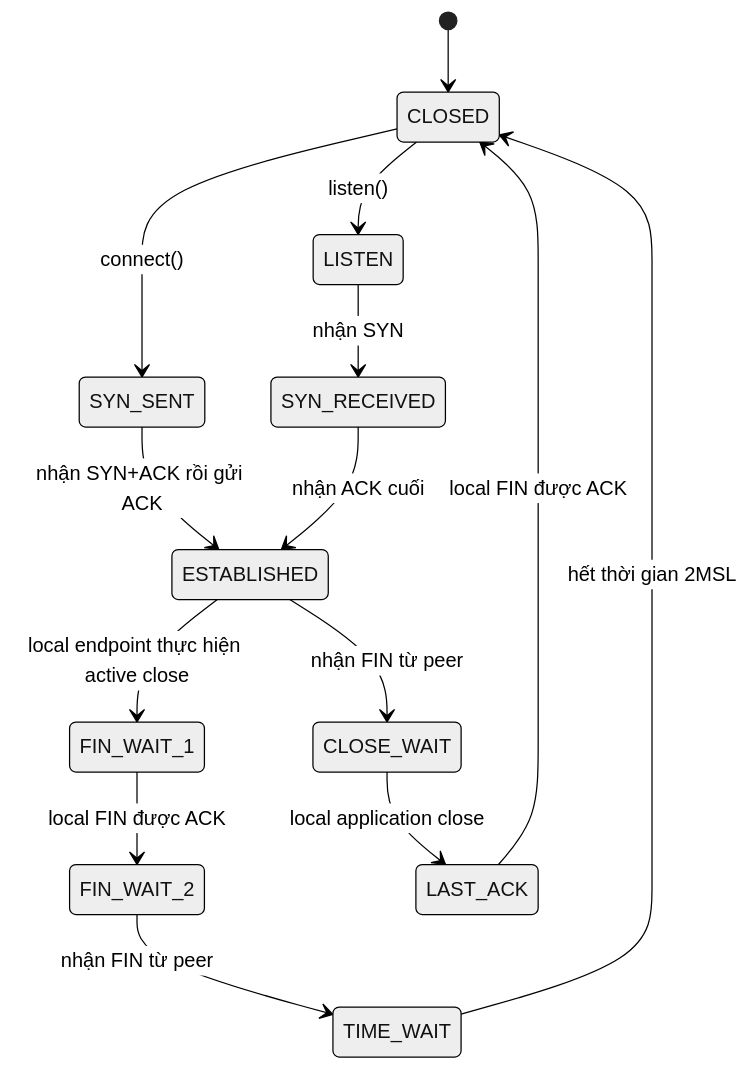
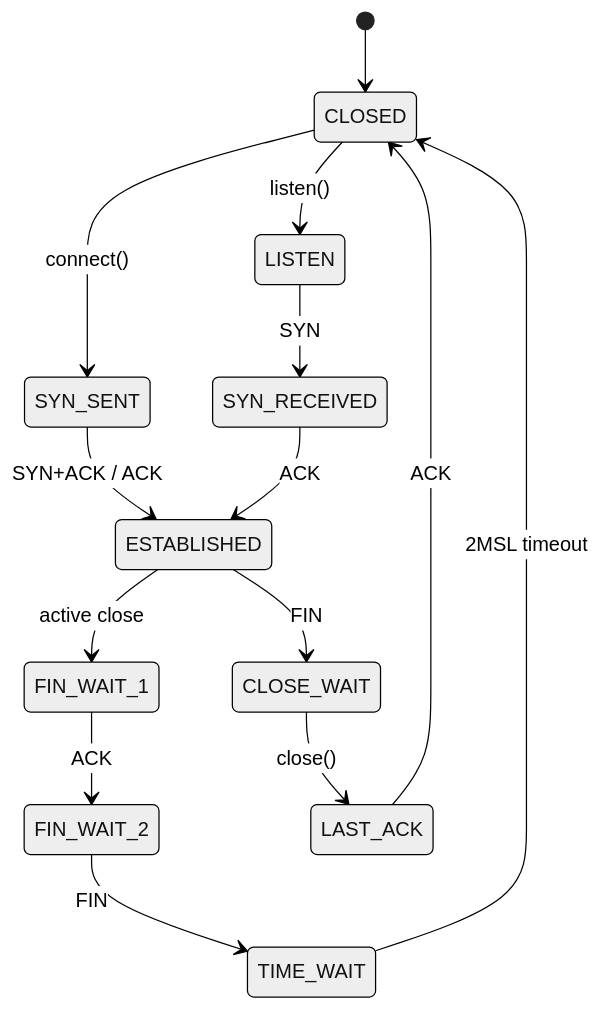
The second of 2 diagrams in phase-01/README-topic-09.md (hai-kevins/embedded-linux), drawn with Mermaid (neutral theme) before and after one commit. The commit also changed other lines of this file and 6 other files, not shown here.

````diff
--- a/phase-01/README-topic-09.md
+++ b/phase-01/README-topic-09.md
@@ -1109,16 +1109,16 @@
 ```mermaid
 stateDiagram-v2
     [*] --> CLOSED
     CLOSED --> LISTEN: listen()
     CLOSED --> SYN_SENT: connect()
-    LISTEN --> SYN_RECEIVED: nhận SYN
-    SYN_SENT --> ESTABLISHED: nhận SYN+ACK rồi gửi ACK
-    SYN_RECEIVED --> ESTABLISHED: nhận ACK cuối
-    ESTABLISHED --> FIN_WAIT_1: local endpoint thực hiện active close
-    ESTABLISHED --> CLOSE_WAIT: nhận FIN từ peer
-    FIN_WAIT_1 --> FIN_WAIT_2: local FIN được ACK
-    FIN_WAIT_2 --> TIME_WAIT: nhận FIN từ peer
-    CLOSE_WAIT --> LAST_ACK: local application close
-    LAST_ACK --> CLOSED: local FIN được ACK
-    TIME_WAIT --> CLOSED: hết thời gian 2MSL
+    LISTEN --> SYN_RECEIVED: SYN
+    SYN_SENT --> ESTABLISHED: SYN+ACK / ACK
+    SYN_RECEIVED --> ESTABLISHED: ACK
+    ESTABLISHED --> FIN_WAIT_1: active close
+    ESTABLISHED --> CLOSE_WAIT: FIN
+    FIN_WAIT_1 --> FIN_WAIT_2: ACK
+    FIN_WAIT_2 --> TIME_WAIT: FIN
+    CLOSE_WAIT --> LAST_ACK: close()
+    LAST_ACK --> CLOSED: ACK
+    TIME_WAIT --> CLOSED: 2MSL timeout
 ```
````
